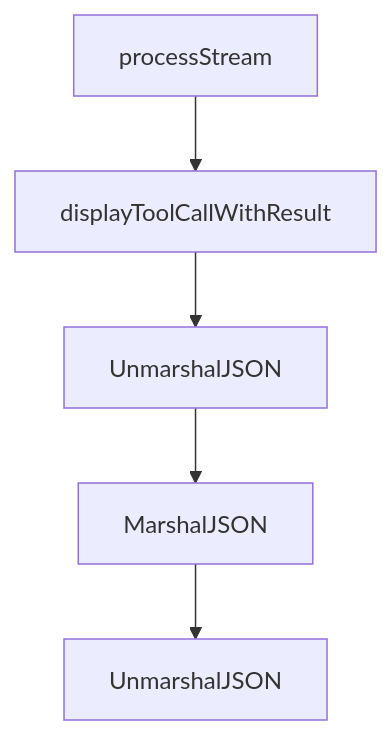
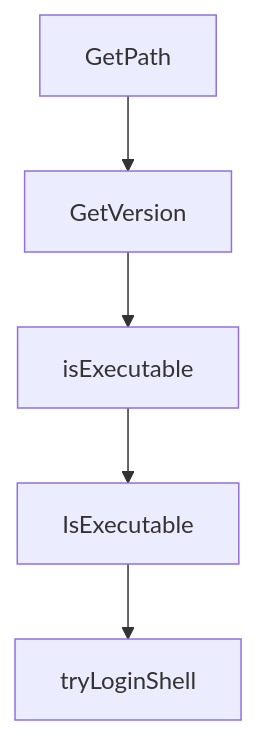
One commit to johnxie/awesome-code-docs changed the diagram in tutorials/humanlayer-tutorial/02-architecture-and-monorepo-layout.md. Above: the diagram before and after it, drawn with Mermaid. The commit also changed other lines of this file and 1232 other files, not shown here.

````diff
--- a/tutorials/humanlayer-tutorial/02-architecture-and-monorepo-layout.md
+++ b/tutorials/humanlayer-tutorial/02-architecture-and-monorepo-layout.md
@@ -202,12 +200,12 @@
 ```mermaid
 flowchart TD
-    A[processStream]
-    B[displayToolCallWithResult]
-    C[UnmarshalJSON]
-    D[MarshalJSON]
-    E[UnmarshalJSON]
+    A[GetPath]
+    B[GetVersion]
+    C[isExecutable]
+    D[IsExecutable]
+    E[tryLoginShell]
     A --> B
     B --> C
     C --> D
     D --> E
 ```
````
